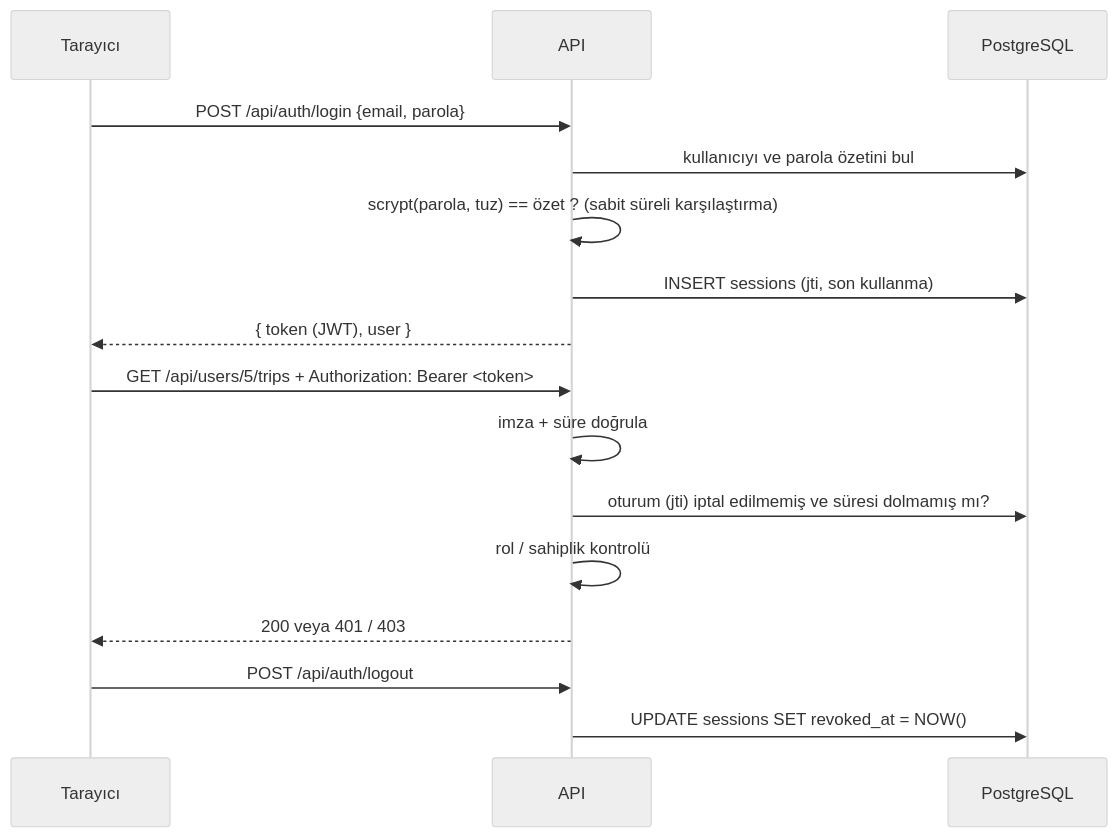
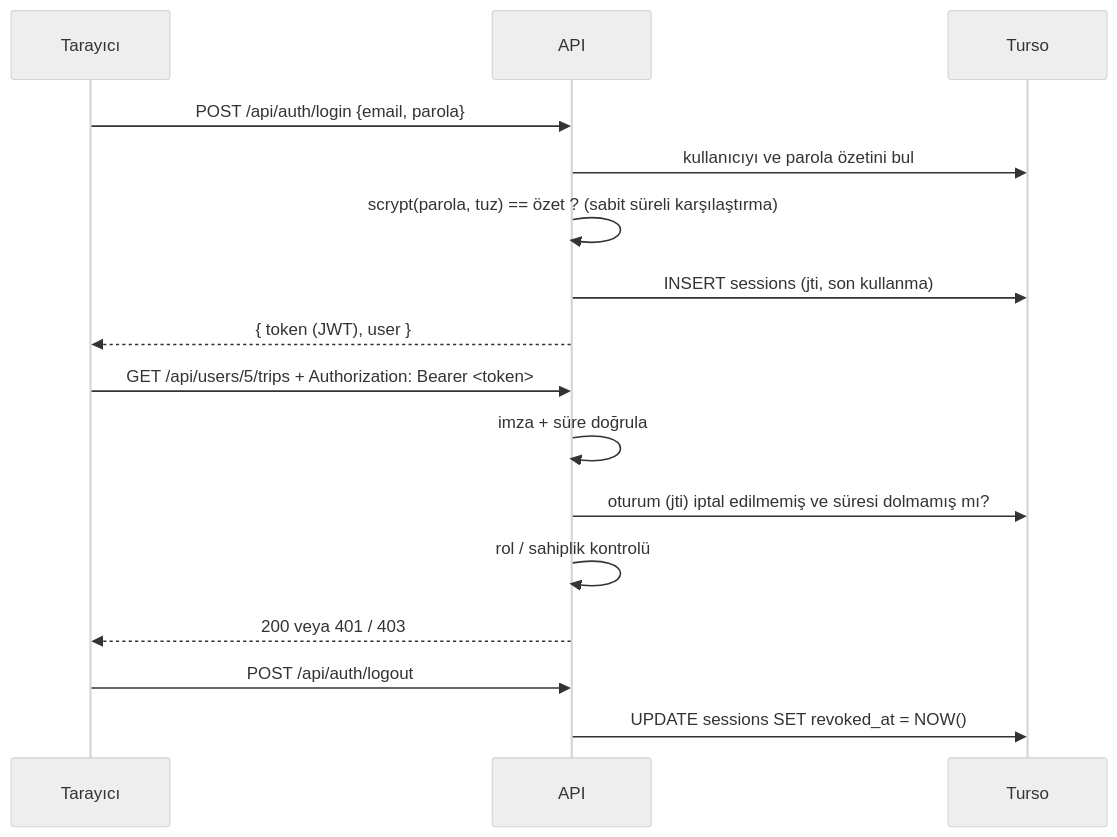
One commit to diyarkaraduman73-crypto/p45-kisisellestirilmis-gezi-planlay-c-s- changed the diagram in docs/guvenlik-notu.md. Above: the diagram before and after it, drawn with Mermaid (neutral theme). The commit also changed other lines of this file and 29 other files, not shown here.

````diff
--- a/docs/guvenlik-notu.md
+++ b/docs/guvenlik-notu.md
@@ -7,18 +7,18 @@
 ```mermaid
 sequenceDiagram
     participant T as Tarayıcı
     participant A as API
-    participant D as PostgreSQL
+    participant D as Turso
     T->>A: POST /api/auth/login {email, parola}
     A->>D: kullanıcıyı ve parola özetini bul
     A->>A: scrypt(parola, tuz) == özet ? (sabit süreli karşılaştırma)
     A->>D: INSERT sessions (jti, son kullanma)
     A-->>T: { token (JWT), user }
     T->>A: GET /api/users/5/trips  + Authorization: Bearer <token>
     A->>A: imza + süre doğrula
     A->>D: oturum (jti) iptal edilmemiş ve süresi dolmamış mı?
     A->>A: rol / sahiplik kontrolü
     A-->>T: 200 veya 401 / 403
     T->>A: POST /api/auth/logout
     A->>D: UPDATE sessions SET revoked_at = NOW()
 ```
````
